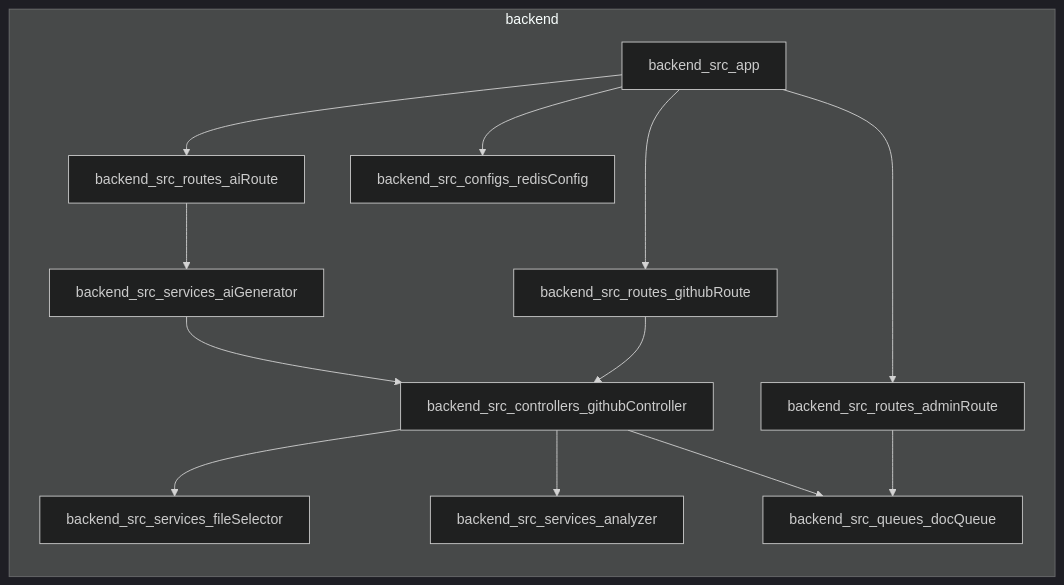
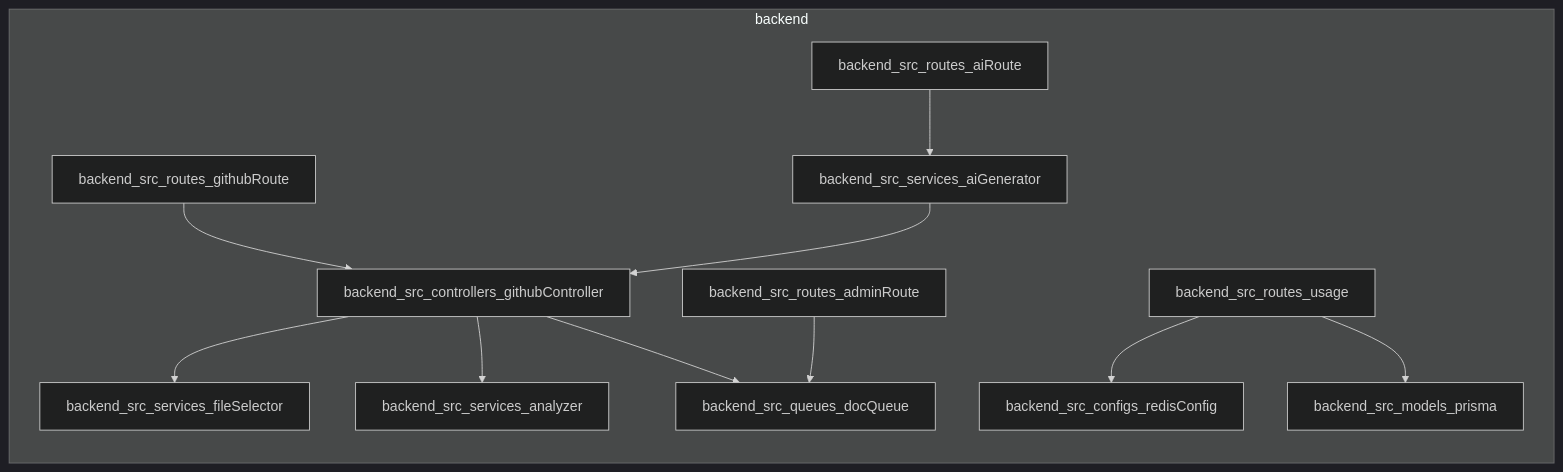
One commit to Devesh326/ai-document-generator changed the diagram in README.md. Above: the diagram before and after it, drawn with Mermaid (dark theme). The commit also changed other lines of this file, not shown here.

````diff
--- a/README.md
+++ b/README.md
@@ -26,16 +25,14 @@
 ```mermaid
 graph LR
   subgraph backend
     backend_src_controllers_githubController --> backend_src_services_fileSelector
     backend_src_controllers_githubController --> backend_src_services_analyzer
     backend_src_controllers_githubController --> backend_src_queues_docQueue
-    backend_src_services_aiGenerator --> backend_src_controllers_githubController
+    backend_src_routes_adminRoute --> backend_src_queues_docQueue
     backend_src_routes_aiRoute --> backend_src_services_aiGenerator
     backend_src_routes_githubRoute --> backend_src_controllers_githubController
-    backend_src_routes_adminRoute --> backend_src_queues_docQueue
-    backend_src_app --> backend_src_routes_githubRoute
-    backend_src_app --> backend_src_routes_aiRoute
-    backend_src_app --> backend_src_routes_adminRoute
-    backend_src_app --> backend_src_configs_redisConfig
+    backend_src_routes_usage --> backend_src_configs_redisConfig
+    backend_src_routes_usage --> backend_src_models_prisma
+    backend_src_services_aiGenerator --> backend_src_controllers_githubController
   end
 ```
````
